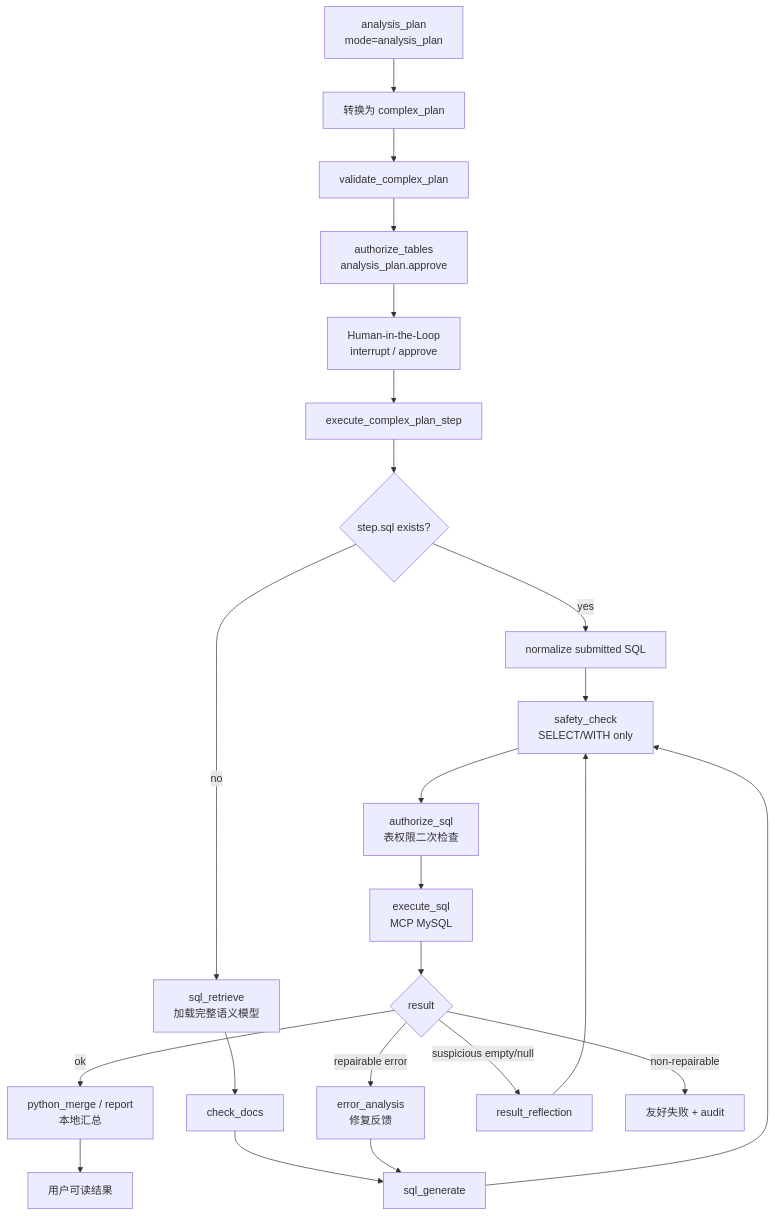
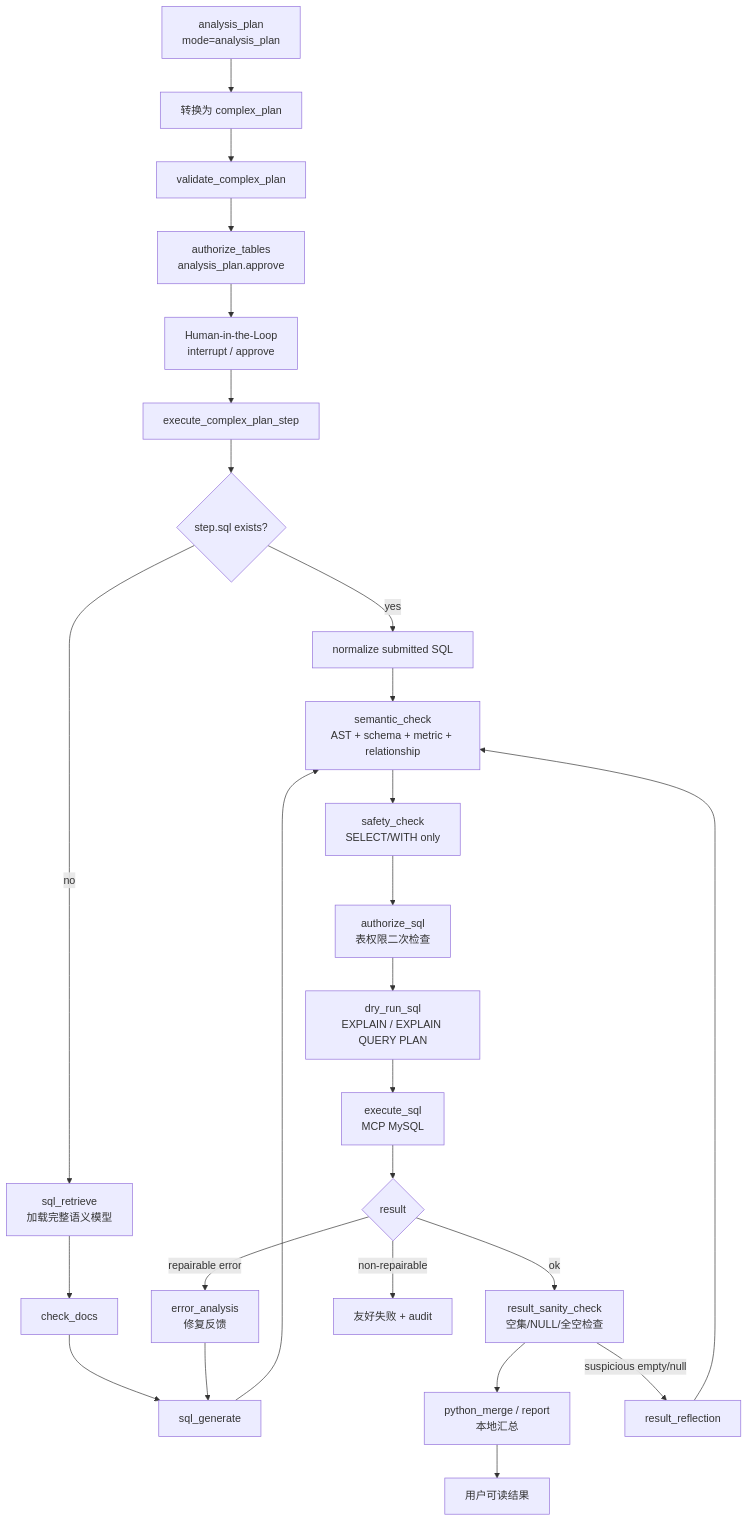
One commit to liangyuzhe/financial-copilot-platform changed the fifth of 7 diagrams in docs/current_architecture.md. Above: the diagram before and after it, drawn with Mermaid. The commit also changed other lines of this file and 45 other files, not shown here.

````diff
--- a/docs/current_architecture.md
+++ b/docs/current_architecture.md
@@ -180,26 +205,29 @@
 ```mermaid
 flowchart TD
     Plan[analysis_plan<br/>mode=analysis_plan] --> Convert[转换为 complex_plan]
     Convert --> Validate[validate_complex_plan]
     Validate --> TableAuth[authorize_tables<br/>analysis_plan.approve]
     TableAuth --> Approval[Human-in-the-Loop<br/>interrupt / approve]
     Approval --> StepLoop[execute_complex_plan_step]
 
     StepLoop --> HasSQL{step.sql exists?}
     HasSQL -->|yes| Normalize[normalize submitted SQL]
     HasSQL -->|no| Retrieve[sql_retrieve<br/>加载完整语义模型]
     Retrieve --> CheckDocs[check_docs]
     CheckDocs --> Generate[sql_generate]
-    Normalize --> Safety[safety_check<br/>SELECT/WITH only]
-    Generate --> Safety
+    Normalize --> Semantic[semantic_check<br/>AST + schema + metric + relationship]
+    Generate --> Semantic
+    Semantic --> Safety[safety_check<br/>SELECT/WITH only]
     Safety --> SQLAuth[authorize_sql<br/>表权限二次检查]
-    SQLAuth --> Execute[execute_sql<br/>MCP MySQL]
+    SQLAuth --> DryRun[dry_run_sql<br/>EXPLAIN / EXPLAIN QUERY PLAN]
+    DryRun --> Execute[execute_sql<br/>MCP MySQL]
     Execute --> ExecRoute{result}
-    ExecRoute -->|ok| Merge[python_merge / report<br/>本地汇总]
+    ExecRoute -->|ok| Sanity[result_sanity_check<br/>空集/NULL/全空检查]
+    Sanity --> Merge[python_merge / report<br/>本地汇总]
     ExecRoute -->|repairable error| ErrorAnalysis[error_analysis<br/>修复反馈]
     ErrorAnalysis --> Generate
-    ExecRoute -->|suspicious empty/null| Reflection[result_reflection]
-    Reflection --> Safety
+    Sanity -->|suspicious empty/null| Reflection[result_reflection]
+    Reflection --> Semantic
     ExecRoute -->|non-repairable| Fail[友好失败 + audit]
     Merge --> Answer[用户可读结果]
 ```
````
